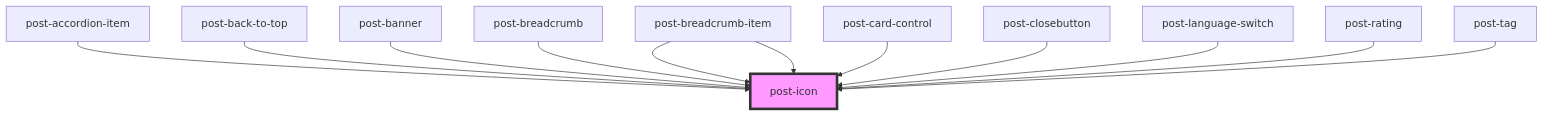
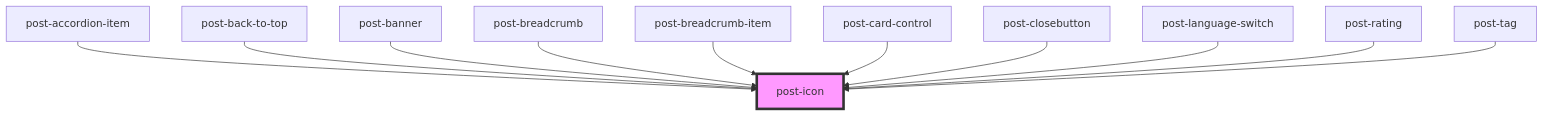
One commit to swisspost/design-system changed the diagram in packages/components/src/components/post-icon/readme.md. Above: the diagram before and after it, drawn with Mermaid. The commit also changed other lines of this file, not shown here.

Commit message:
chore(components): update generated post-icon readme

````diff
--- a/packages/components/src/components/post-icon/readme.md
+++ b/packages/components/src/components/post-icon/readme.md
@@ -38,15 +37,14 @@
 ```mermaid
 graph TD;
   post-accordion-item --> post-icon
   post-back-to-top --> post-icon
   post-banner --> post-icon
   post-breadcrumb --> post-icon
-  post-breadcrumb-item --> post-icon
   post-breadcrumb-item --> post-icon
   post-card-control --> post-icon
   post-closebutton --> post-icon
   post-language-switch --> post-icon
   post-rating --> post-icon
   post-tag --> post-icon
   style post-icon fill:#f9f,stroke:#333,stroke-width:4px
 ```
````
